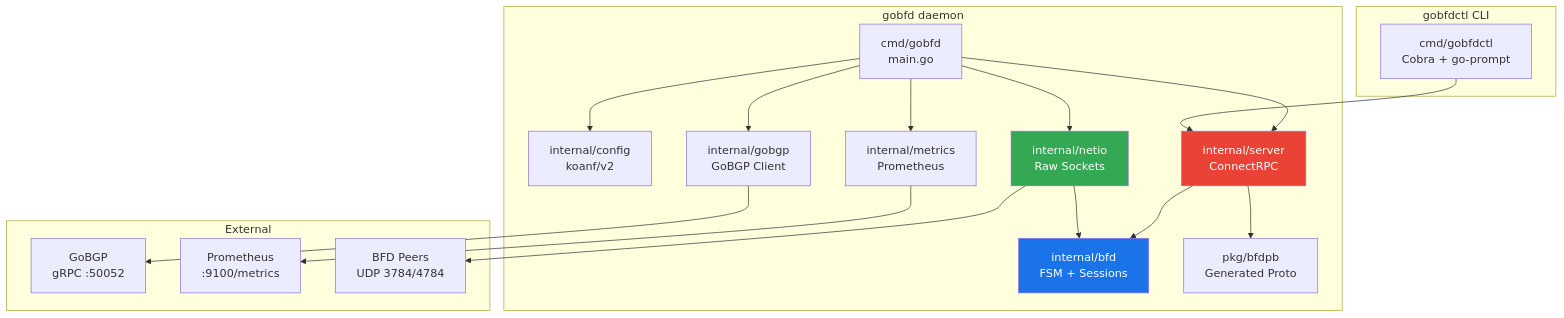
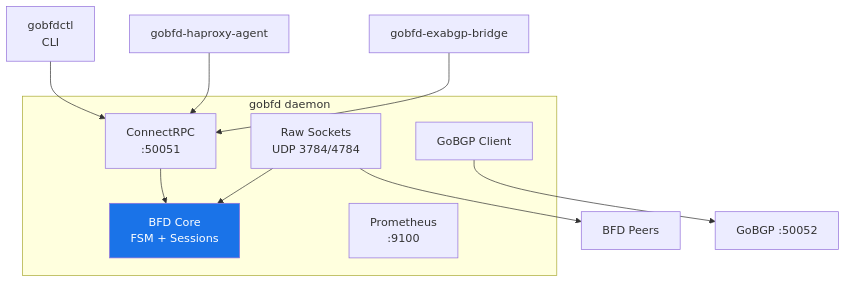
One commit to dantte-lp/gobfd changed the diagram in README.md. Above: the diagram before and after it, drawn with Mermaid. The commit also changed other lines of this file and 165 other files, not shown here.

````diff
--- a/README.md
+++ b/README.md
@@ -42,40 +43,20 @@
 ```mermaid
 graph TB
     subgraph "gobfd daemon"
-        MAIN["cmd/gobfd<br/>main.go"]
-        CFG["internal/config<br/>koanf/v2"]
-        SRV["internal/server<br/>ConnectRPC"]
-        BFD["internal/bfd<br/>FSM + Sessions"]
-        NET["internal/netio<br/>Raw Sockets"]
-        MET["internal/metrics<br/>Prometheus"]
-        BGP["internal/gobgp<br/>GoBGP Client"]
-        PB["pkg/bfdpb<br/>Generated Proto"]
+        SRV["ConnectRPC<br/>:50051"]
+        BFD["BFD Core<br/>FSM + Sessions"]
+        NET["Raw Sockets<br/>UDP 3784/4784"]
+        BGP["GoBGP Client"]
+        MET["Prometheus<br/>:9100"]
     end
 
-    subgraph "gobfdctl CLI"
-        CLI["cmd/gobfdctl<br/>Cobra + go-prompt"]
-    end
-
-    subgraph "External"
-        GOBGP["GoBGP<br/>gRPC :50052"]
-        PROM["Prometheus<br/>:9100/metrics"]
-        PEER["BFD Peers<br/>UDP 3784/4784"]
-    end
-
-    MAIN --> CFG
-    MAIN --> SRV
-    MAIN --> NET
-    MAIN --> MET
-    MAIN --> BGP
+    CLI["gobfdctl<br/>CLI"] --> SRV
+    HAP["gobfd-haproxy-agent"] --> SRV
+    EXA["gobfd-exabgp-bridge"] --> SRV
     SRV --> BFD
-    SRV --> PB
     NET --> BFD
-    CLI --> SRV
-    BGP --> GOBGP
-    MET --> PROM
-    NET --> PEER
+    BGP --> GOBGP["GoBGP :50052"]
+    NET --> PEER["BFD Peers"]
 
     style BFD fill:#1a73e8,color:#fff
-    style NET fill:#34a853,color:#fff
-    style SRV fill:#ea4335,color:#fff
 ```
````
